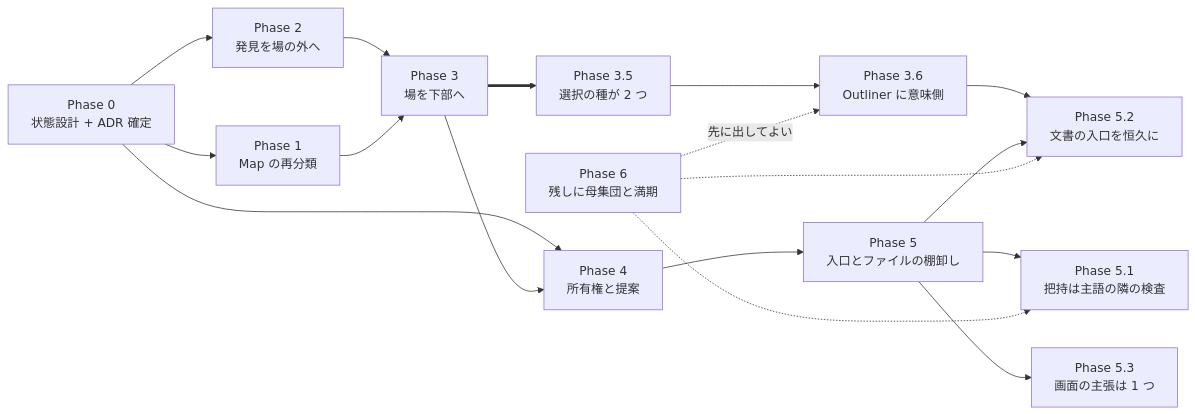
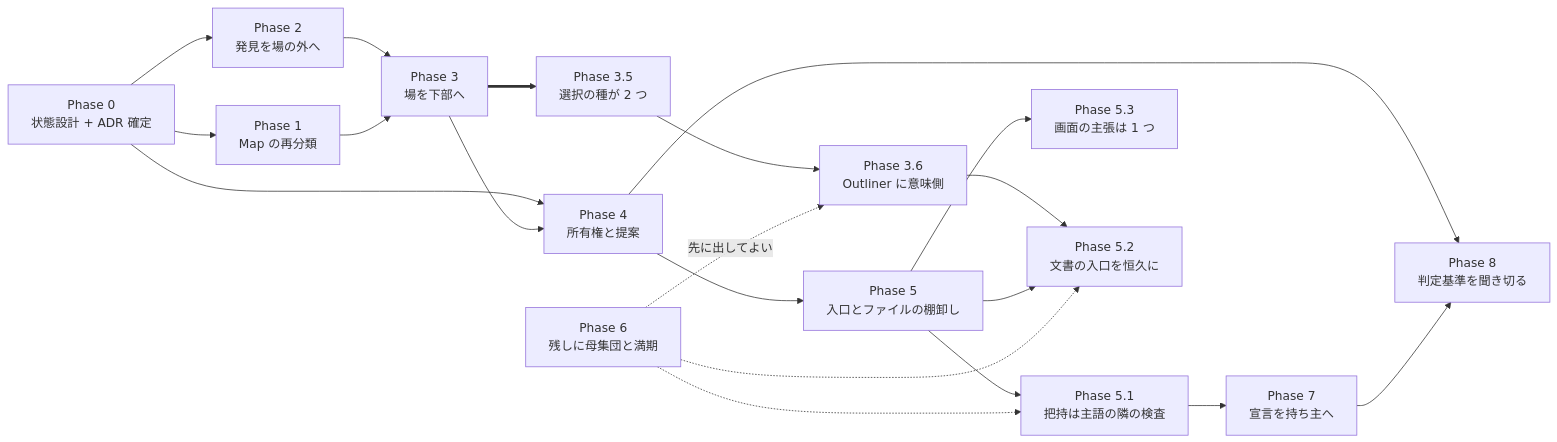
One commit to yuubae215/easy-extrude changed the diagram in docs/ia-redesign/03-implementation-order.md. Above: the diagram before and after it, drawn with Mermaid. The commit also changed other lines of this file and 24 other files, not shown here.

````diff
--- a/docs/ia-redesign/03-implementation-order.md
+++ b/docs/ia-redesign/03-implementation-order.md
@@ -386,19 +418,22 @@
 ```mermaid
 graph LR
   P0["Phase 0<br/>状態設計 + ADR 確定"] --> P1["Phase 1<br/>Map の再分類"]
   P0 --> P2["Phase 2<br/>発見を場の外へ"]
   P0 --> P4["Phase 4<br/>所有権と提案"]
   P2 --> P3["Phase 3<br/>場を下部へ"]
   P1 --> P3
   P3 ==> P35["Phase 3.5<br/>選択の種が 2 つ"]
   P3 --> P4
   P4 --> P5["Phase 5<br/>入口とファイルの棚卸し"]
   P35 --> P36["Phase 3.6<br/>Outliner に意味側"]
   P5 --> P51["Phase 5.1<br/>把持は主語の隣の検査"]
   P5 --> P53["Phase 5.3<br/>画面の主張は 1 つ"]
   P36 --> P52["Phase 5.2<br/>文書の入口を恒久に"]
   P5 --> P52
+  P51 --> P7["Phase 7<br/>宣言を持ち主へ"]
+  P4 --> P8["Phase 8<br/>判定基準を聞き切る"]
+  P7 --> P8
   P6["Phase 6<br/>残しに母集団と満期"] -.先に出してよい.-> P36
   P6 -.-> P51
   P6 -.-> P52
 ```
````
